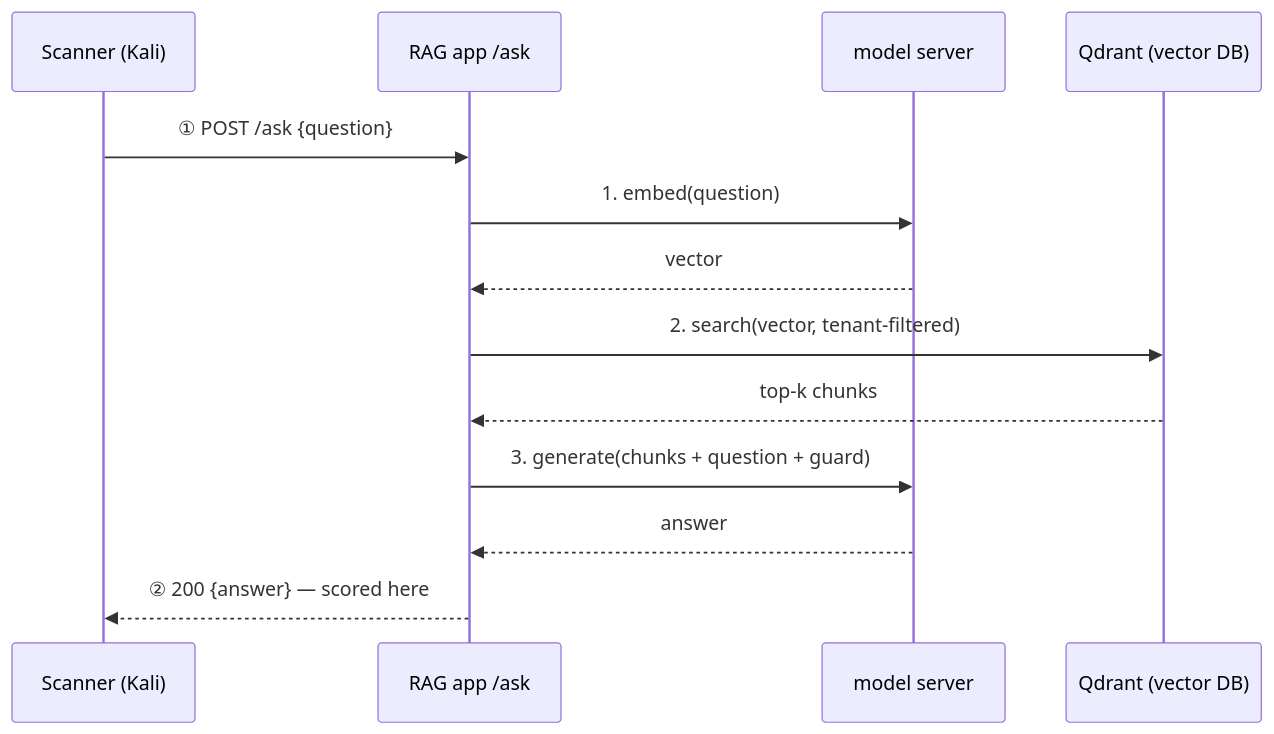
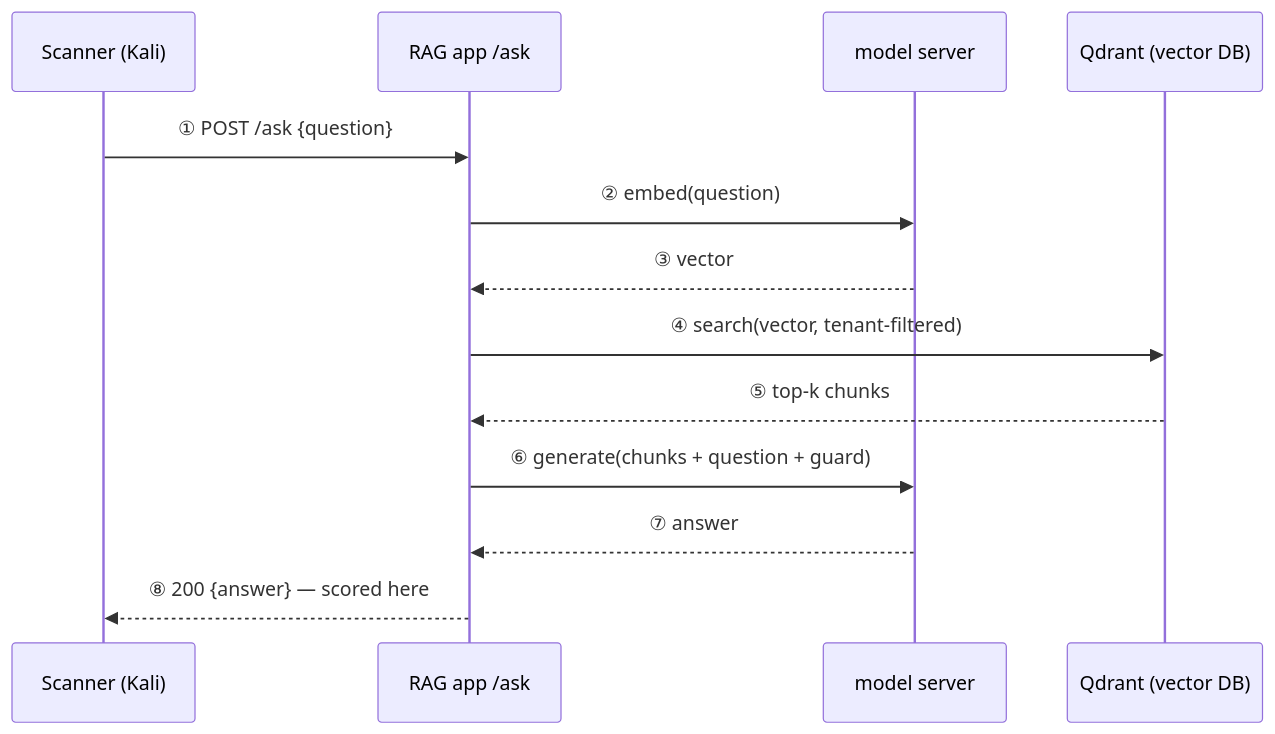
Before and after one commit to ryayres-fox/Security: the third of 11 diagrams in lab-journal/rag-and-ai-probe.md, drawn with Mermaid. The commit also changed other lines of this file and 1 other file, not shown here.

First line of the commit message:
lab-journal: one numbering rule in every diagram, and every flowchart reads left to right

````diff
--- a/lab-journal/rag-and-ai-probe.md
+++ b/lab-journal/rag-and-ai-probe.md
@@ -126,15 +127,15 @@
 ```mermaid
 sequenceDiagram
     participant S as Scanner (Kali)
     participant R as RAG app /ask
     participant O as model server
     participant Q as Qdrant (vector DB)
     S->>R: ① POST /ask {question}
-    R->>O: 1. embed(question)
-    O-->>R: vector
-    R->>Q: 2. search(vector, tenant-filtered)
-    Q-->>R: top-k chunks
-    R->>O: 3. generate(chunks + question + guard)
-    O-->>R: answer
-    R-->>S: ② 200 {answer} — scored here
+    R->>O: ② embed(question)
+    O-->>R: ③ vector
+    R->>Q: ④ search(vector, tenant-filtered)
+    Q-->>R: ⑤ top-k chunks
+    R->>O: ⑥ generate(chunks + question + guard)
+    O-->>R: ⑦ answer
+    R-->>S: ⑧ 200 {answer} — scored here
 ```
````
